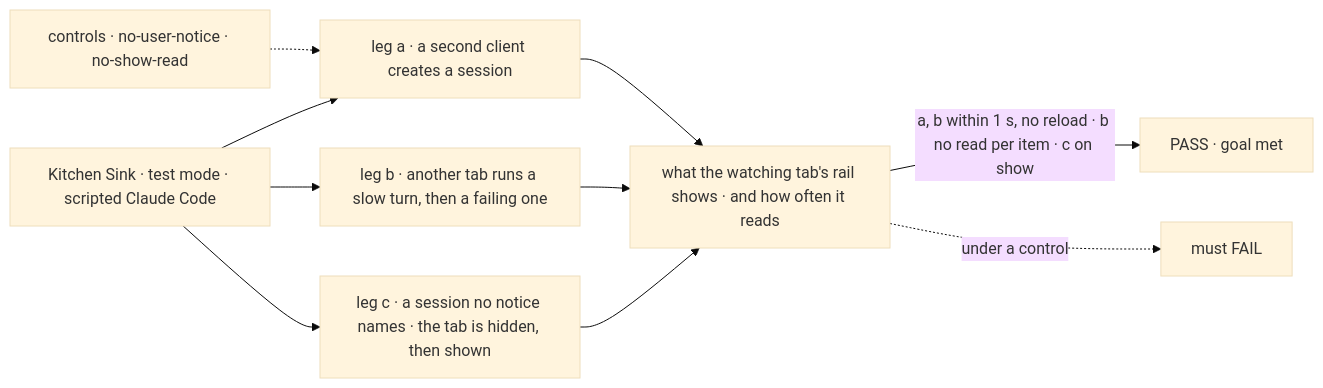
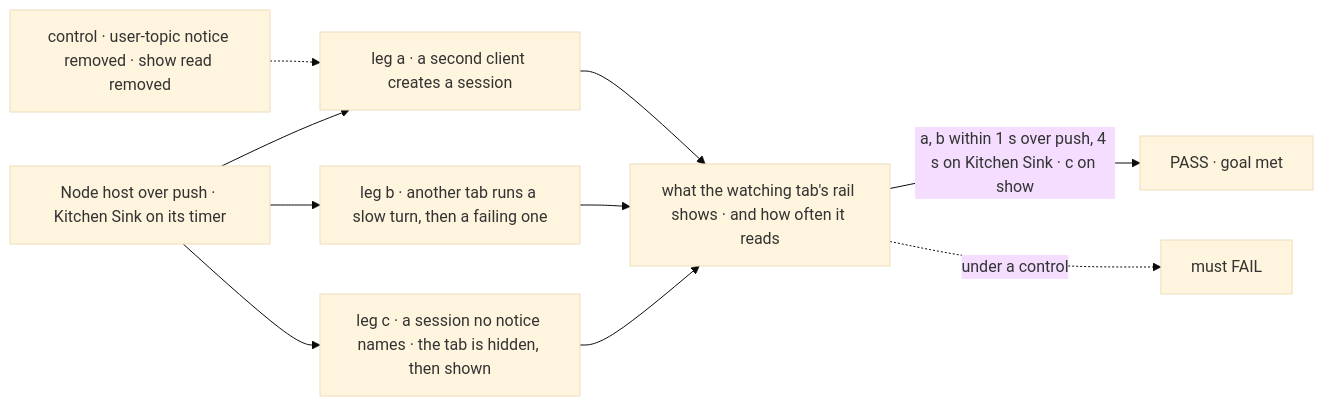
Before and after one commit to fixpoint-labs/flow-state-dev: the first of 2 diagrams in specs/issues/FIX-2411/SPEC.md, drawn with Mermaid (base theme). The commit also changed other lines of this file, not shown here.

First line of the commit message:
spec(FIX-2411): goal check runs over push on the Node host; Kitchen Sink bounded by its timer

````diff
--- a/specs/issues/FIX-2411/SPEC.md
+++ b/specs/issues/FIX-2411/SPEC.md
@@ -32,12 +33,12 @@
 ```mermaid
 flowchart LR
-  A["Kitchen Sink · test mode · scripted Claude Code"] --> L1["leg a · a second client creates a session"]
+  A["Node host over push · Kitchen Sink on its timer"] --> L1["leg a · a second client creates a session"]
   A --> L2["leg b · another tab runs a slow turn, then a failing one"]
   A --> L3["leg c · a session no notice names · the tab is hidden, then shown"]
   L1 --> T["what the watching tab's rail shows · and how often it reads"]
   L2 --> T
   L3 --> T
-  T -->|"a, b within 1 s, no reload · b no read per item · c on show"| P["PASS · goal met"]
-  C["controls · no-user-notice · no-show-read"] -.-> L1
+  T -->|"a, b within 1 s over push, 4 s on Kitchen Sink · c on show"| P["PASS · goal met"]
+  C["control · user-topic notice removed · show read removed"] -.-> L1
   T -.->|"under a control"| F["must FAIL"]
 ```
````
